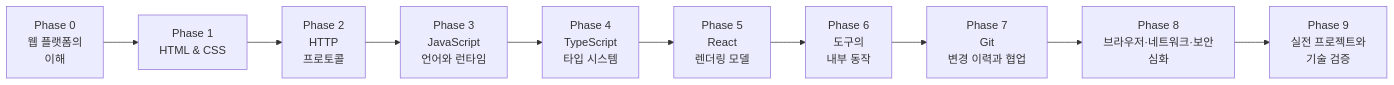
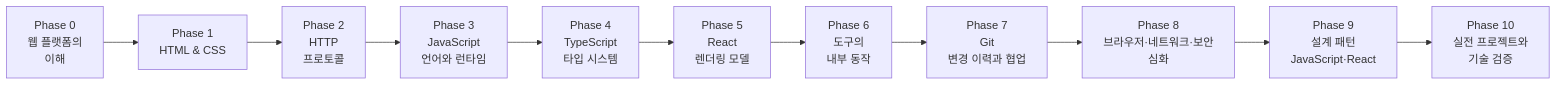
The diagram in ROADMAP.md (lee-gyu/web-fe-roadmap-study), drawn with Mermaid before and after one commit. The commit also changed other lines of this file and 4 other files, not shown here.

````diff
--- a/ROADMAP.md
+++ b/ROADMAP.md
@@ -30,12 +30,13 @@
 ```mermaid
 flowchart LR
     P0["Phase 0<br/>웹 플랫폼의<br/>이해"] --> P1["Phase 1<br/>HTML & CSS"]
     P1 --> P2["Phase 2<br/>HTTP<br/>프로토콜"]
     P2 --> P3["Phase 3<br/>JavaScript<br/>언어와 런타임"]
     P3 --> P4["Phase 4<br/>TypeScript<br/>타입 시스템"]
     P4 --> P5["Phase 5<br/>React<br/>렌더링 모델"]
     P5 --> P6["Phase 6<br/>도구의<br/>내부 동작"]
     P6 --> P7["Phase 7<br/>Git<br/>변경 이력과 협업"]
     P7 --> P8["Phase 8<br/>브라우저·네트워크·보안<br/>심화"]
-    P8 --> P9["Phase 9<br/>실전 프로젝트와<br/>기술 검증"]
+    P8 --> P9["Phase 9<br/>설계 패턴<br/>JavaScript·React"]
+    P9 --> P10["Phase 10<br/>실전 프로젝트와<br/>기술 검증"]
 ```
````
